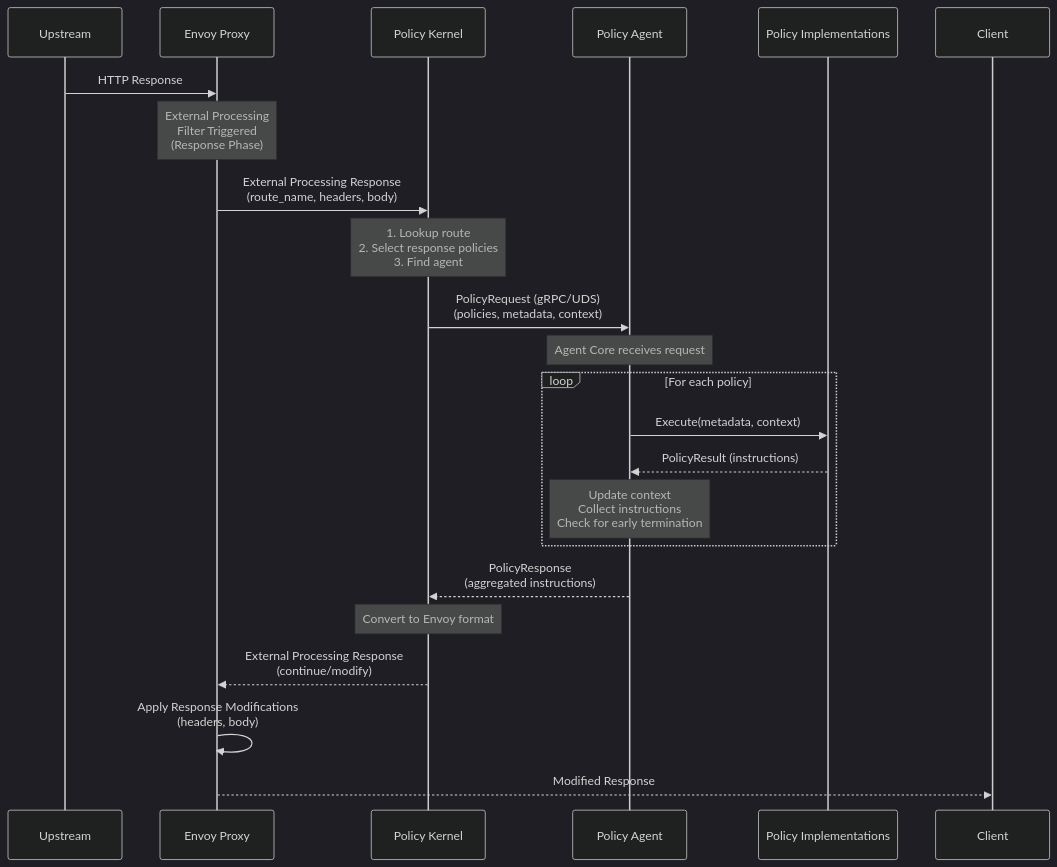
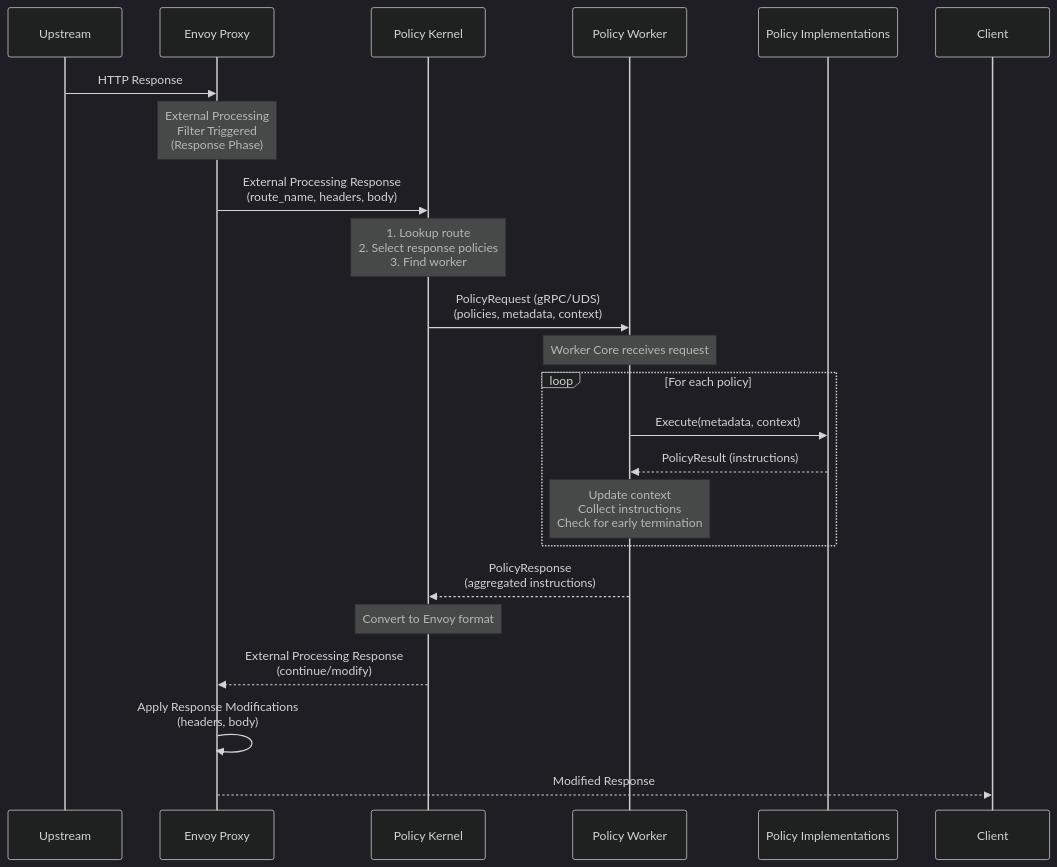
One commit to renuka-fernando/envoy-policy-engine changed the fourth of 4 diagrams in Spec.md. Above: the diagram before and after it, drawn with Mermaid (dark theme). The commit also changed other lines of this file and 5 other files, not shown here.

Commit message:
Rename agent to worker

````diff
--- a/Spec.md
+++ b/Spec.md
@@ -171,37 +206,37 @@
 ```mermaid
 sequenceDiagram
     participant Upstream
     participant Envoy as Envoy Proxy
     participant Kernel as Policy Kernel
-    participant Agent as Policy Agent
+    participant Worker as Policy Worker
     participant Policies as Policy Implementations
     participant Client
 
     Upstream->>Envoy: HTTP Response
 
     Note over Envoy: External Processing<br/>Filter Triggered<br/>(Response Phase)
 
     Envoy->>Kernel: External Processing Response<br/>(route_name, headers, body)
 
-    Note over Kernel: 1. Lookup route<br/>2. Select response policies<br/>3. Find agent
+    Note over Kernel: 1. Lookup route<br/>2. Select response policies<br/>3. Find worker
 
-    Kernel->>Agent: PolicyRequest (gRPC/UDS)<br/>(policies, metadata, context)
+    Kernel->>Worker: PolicyRequest (gRPC/UDS)<br/>(policies, metadata, context)
 
-    Note over Agent: Agent Core receives request
+    Note over Worker: Worker Core receives request
 
     loop For each policy
-        Agent->>Policies: Execute(metadata, context)
-        Policies-->>Agent: PolicyResult (instructions)
-        Note over Agent: Update context<br/>Collect instructions<br/>Check for early termination
+        Worker->>Policies: Execute(metadata, context)
+        Policies-->>Worker: PolicyResult (instructions)
+        Note over Worker: Update context<br/>Collect instructions<br/>Check for early termination
     end
 
-    Agent-->>Kernel: PolicyResponse<br/>(aggregated instructions)
+    Worker-->>Kernel: PolicyResponse<br/>(aggregated instructions)
 
     Note over Kernel: Convert to Envoy format
 
     Kernel-->>Envoy: External Processing Response<br/>(continue/modify)
 
     Envoy->>Envoy: Apply Response Modifications<br/>(headers, body)
 
     Envoy-->>Client: Modified Response
 ```
````
